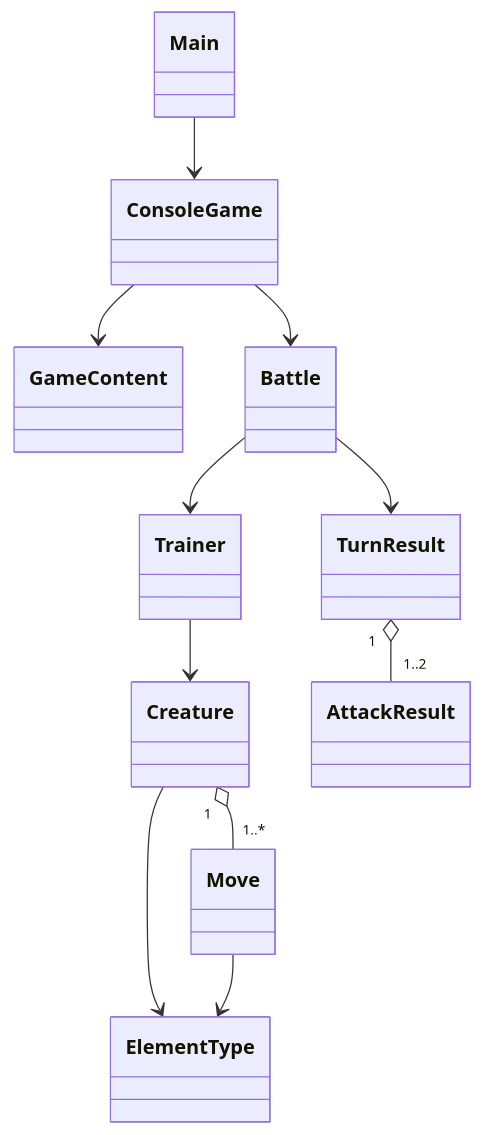
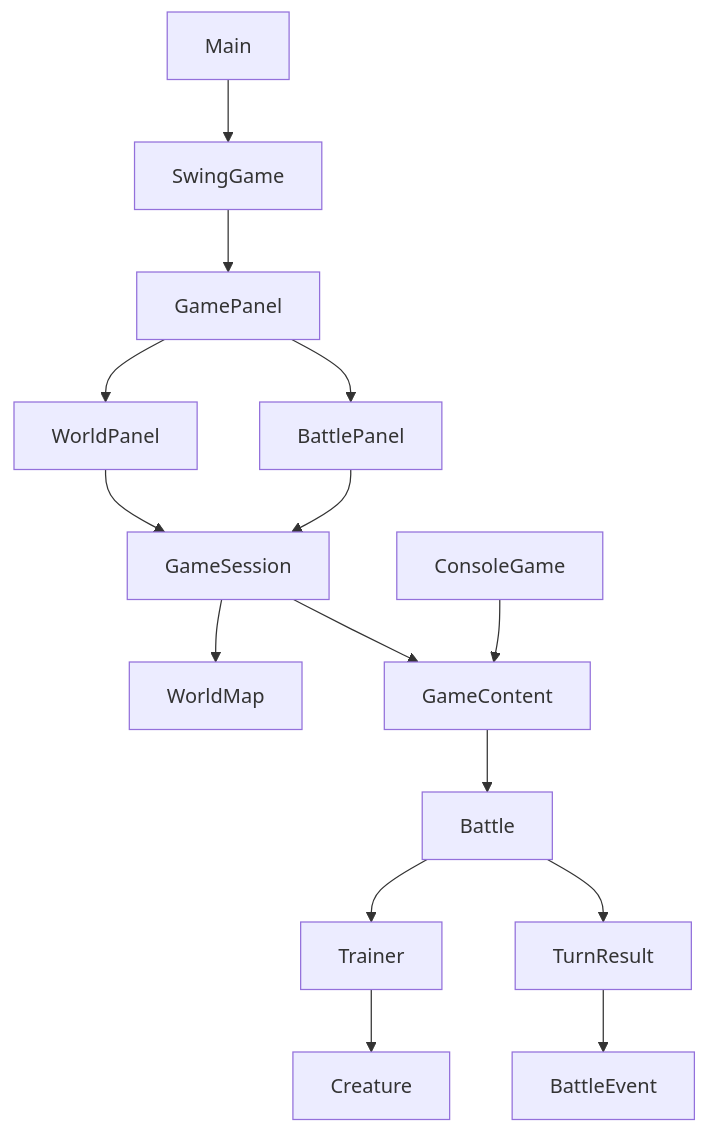
One commit to FSopelsa/Poklone changed the diagram in docs/PROJECT_PLAN.md. Above: the diagram before and after it, drawn with Mermaid. The commit also changed other lines of this file and 2 other files, not shown here.

Commit message:
Refactor GameContentTest for clarity and accuracy in method naming

````diff
--- a/docs/PROJECT_PLAN.md
+++ b/docs/PROJECT_PLAN.md
@@ -31,13 +34,11 @@
 ```mermaid
-classDiagram
-    Main --> ConsoleGame
+flowchart TD
+    Main --> SwingGame --> GamePanel
+    GamePanel --> WorldPanel --> GameSession
+    GamePanel --> BattlePanel --> GameSession
+    GameSession --> WorldMap
+    GameSession --> GameContent --> Battle
     ConsoleGame --> GameContent
-    ConsoleGame --> Battle
-    Battle --> Trainer
-    Trainer --> Creature
-    Creature "1" o-- "1..*" Move
-    Creature --> ElementType
-    Move --> ElementType
-    Battle --> TurnResult
-    TurnResult "1" o-- "1..2" AttackResult
+    Battle --> Trainer --> Creature
+    Battle --> TurnResult --> BattleEvent
 ```
````
